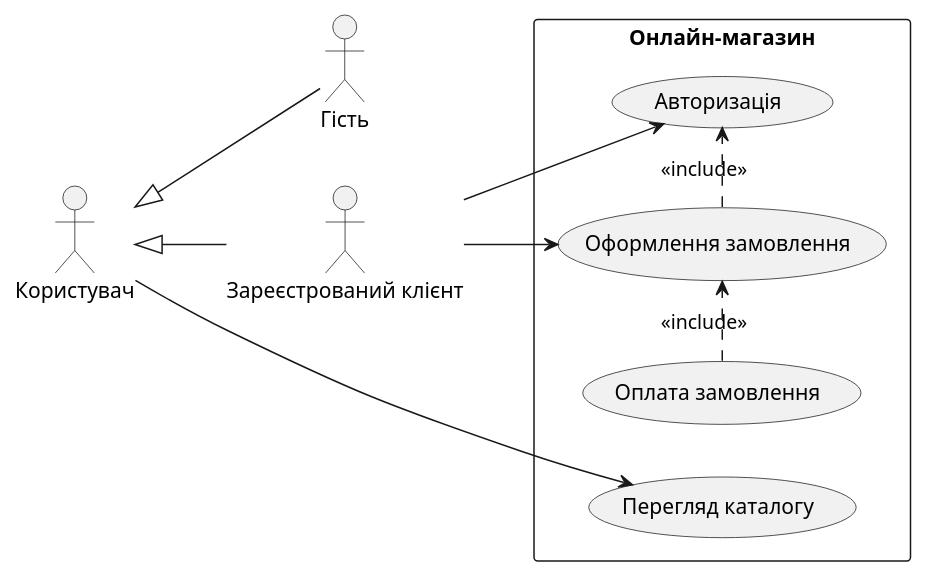
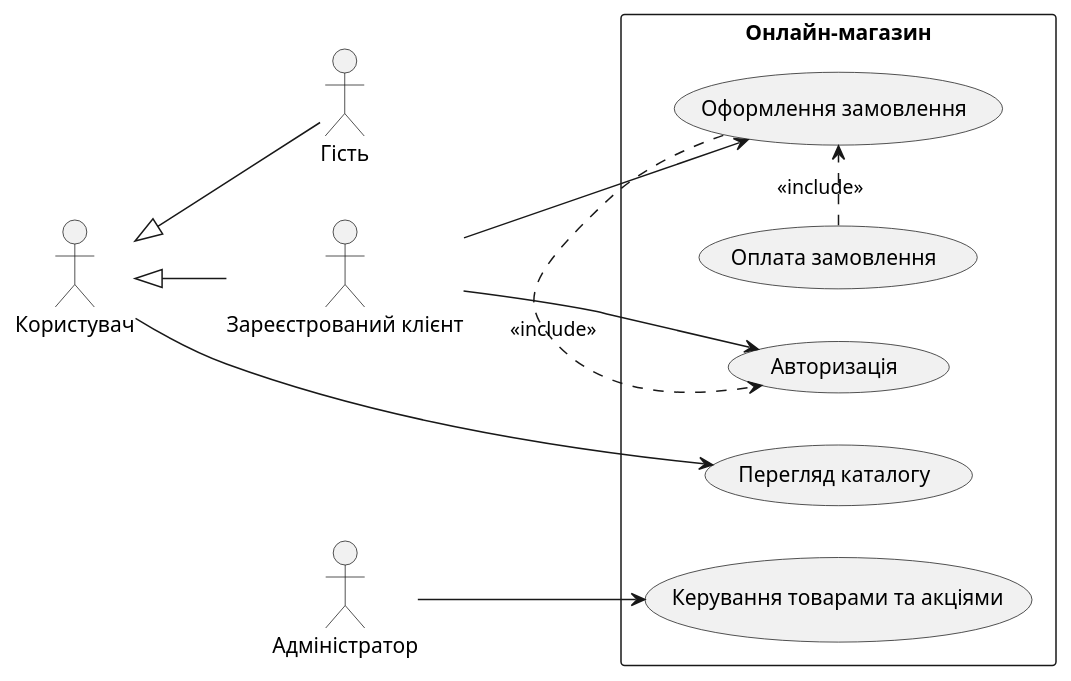
The diagram in lab2/usecases.puml (S1lverFoot/kpilabs), drawn with PlantUML before and after one commit.

Commit message:
fix(lab2)
add administrator actor and catalog management use case

```diff
--- a/lab2/usecases.puml
+++ b/lab2/usecases.puml
@@ -1,25 +1,28 @@
 @startuml
 left to right direction
 skinparam packageStyle rectangle
 
 actor "Користувач" as User
 actor "Гість" as Guest
 actor "Зареєстрований клієнт" as Customer
+actor "Адміністратор" as Admin
 
 Guest -up-|> User
 Customer -up-|> User
 
 rectangle "Онлайн-магазин" {
     usecase "Перегляд каталогу" as UC1
     usecase "Оформлення замовлення" as UC2
     usecase "Оплата замовлення" as UC3
     usecase "Авторизація" as UC4
+    usecase "Керування товарами та акціями" as UC5
 }
 
 User --> UC1
 Customer --> UC2
 Customer --> UC4
+Admin --> UC5
 
 UC3 .> UC2 : <<include>>
 UC2 .> UC4 : <<include>>
 @enduml
```
